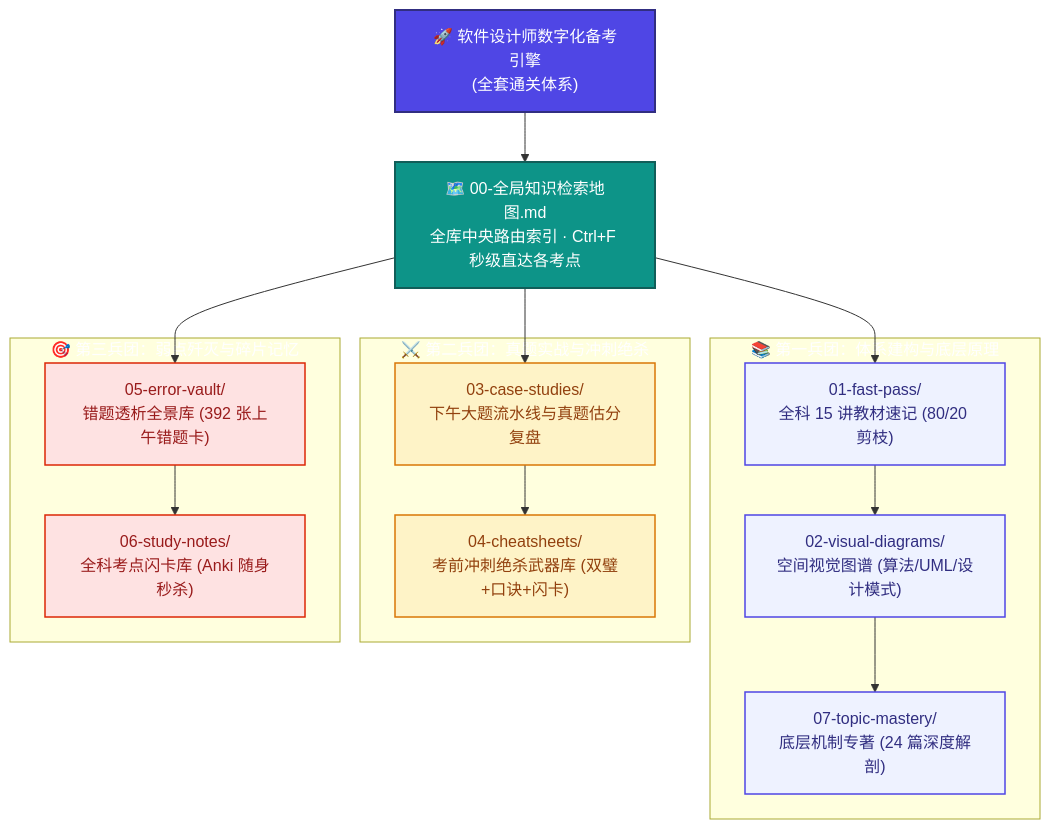
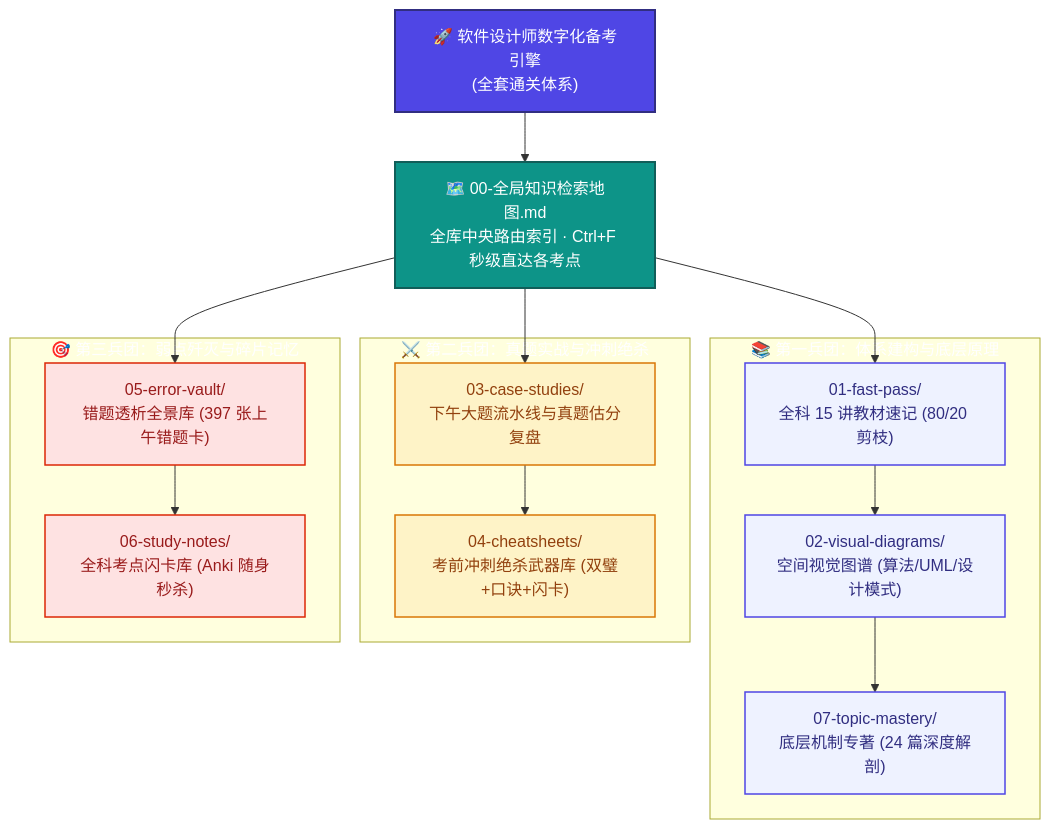
One commit to cpsa3/software-designer-fast-pass changed the diagram in README.md. Above: the diagram before and after it, drawn with Mermaid. The commit also changed other lines of this file and 6 other files, not shown here.

````diff
--- a/README.md
+++ b/README.md
@@ -70,36 +70,36 @@
 ```mermaid
 flowchart TD
     classDef root fill:#4F46E5,stroke:#312E81,stroke-width:2px,color:#fff
     classDef hub fill:#0D9488,stroke:#115E59,stroke-width:2px,color:#fff
     classDef base fill:#EEF2FF,stroke:#4F46E5,stroke-width:1.5px,color:#312E81
     classDef exam fill:#FEF3C7,stroke:#D97706,stroke-width:1.5px,color:#92400E
     classDef vault fill:#FEE2E2,stroke:#DC2706,stroke-width:1.5px,color:#991B1B
 
     Root["🚀 软件设计师数字化备考引擎<br>(全套通关体系)"]:::root
     Map["🗺️ 00-全局知识检索地图.md<br>全库中央路由索引 · Ctrl+F 秒级直达各考点"]:::hub
 
     Root --> Map
 
     subgraph G1["📚 第一兵团：体系建构与底层原理"]
         M1["01-fast-pass/<br>全科 15 讲教材速记 (80/20 剪枝)"]:::base
         M2["02-visual-diagrams/<br>空间视觉图谱 (算法/UML/设计模式)"]:::base
         M7["07-topic-mastery/<br>底层机制专著 (24 篇深度解剖)"]:::base
         M1 --> M2 --> M7
     end
 
     subgraph G2["⚔️ 第二兵团：真题实战与冲刺绝杀"]
         M3["03-case-studies/<br>下午大题流水线与真题估分复盘"]:::exam
         M4["04-cheatsheets/<br>考前冲刺绝杀武器库 (双璧+口诀+闪卡)"]:::exam
         M3 --> M4
     end
 
     subgraph G3["🎯 第三兵团：弱点歼灭与碎片记忆"]
-        M5["05-error-vault/<br>错题透析全景库 (392 张上午错题卡)"]:::vault
+        M5["05-error-vault/<br>错题透析全景库 (397 张上午错题卡)"]:::vault
         M6["06-study-notes/<br>全科考点闪卡库 (Anki 随身秒杀)"]:::vault
         M5 --> M6
     end
 
     Map --> M1
     Map --> M3
     Map --> M5
 ```
````
